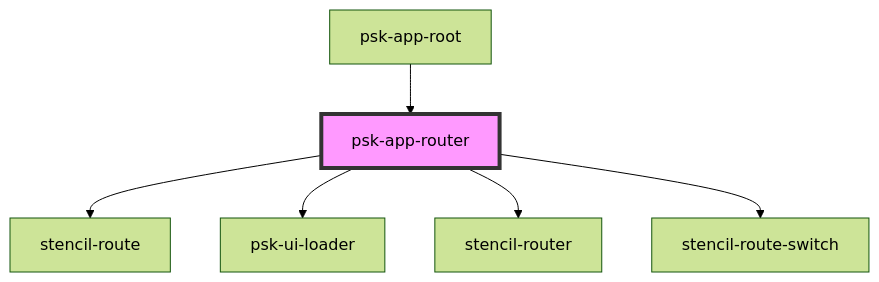
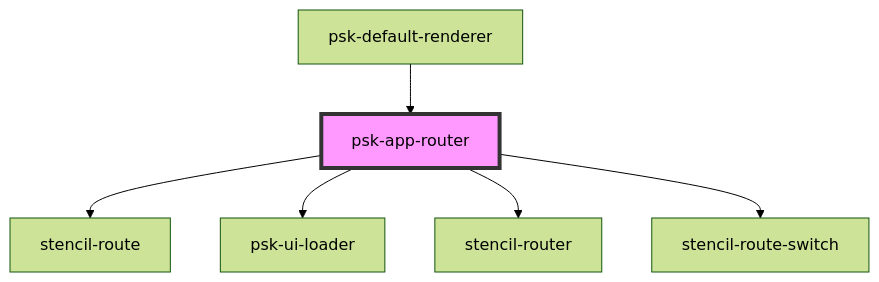
One commit to daniel-visoiu/cardinal changed the diagram in src/components/psk-app-router/readme.md. Above: the diagram before and after it, drawn with Mermaid (forest theme). The commit also changed other lines of this file and 7 other files, not shown here.

Commit message:
added a default renderer for app-root

````diff
--- a/src/components/psk-app-router/readme.md
+++ b/src/components/psk-app-router/readme.md
@@ -38,9 +38,9 @@
 ```mermaid
 graph TD;
   psk-app-router --> stencil-route
   psk-app-router --> psk-ui-loader
   psk-app-router --> stencil-router
   psk-app-router --> stencil-route-switch
-  psk-app-root --> psk-app-router
+  psk-default-renderer --> psk-app-router
   style psk-app-router fill:#f9f,stroke:#333,stroke-width:4px
 ```
````
